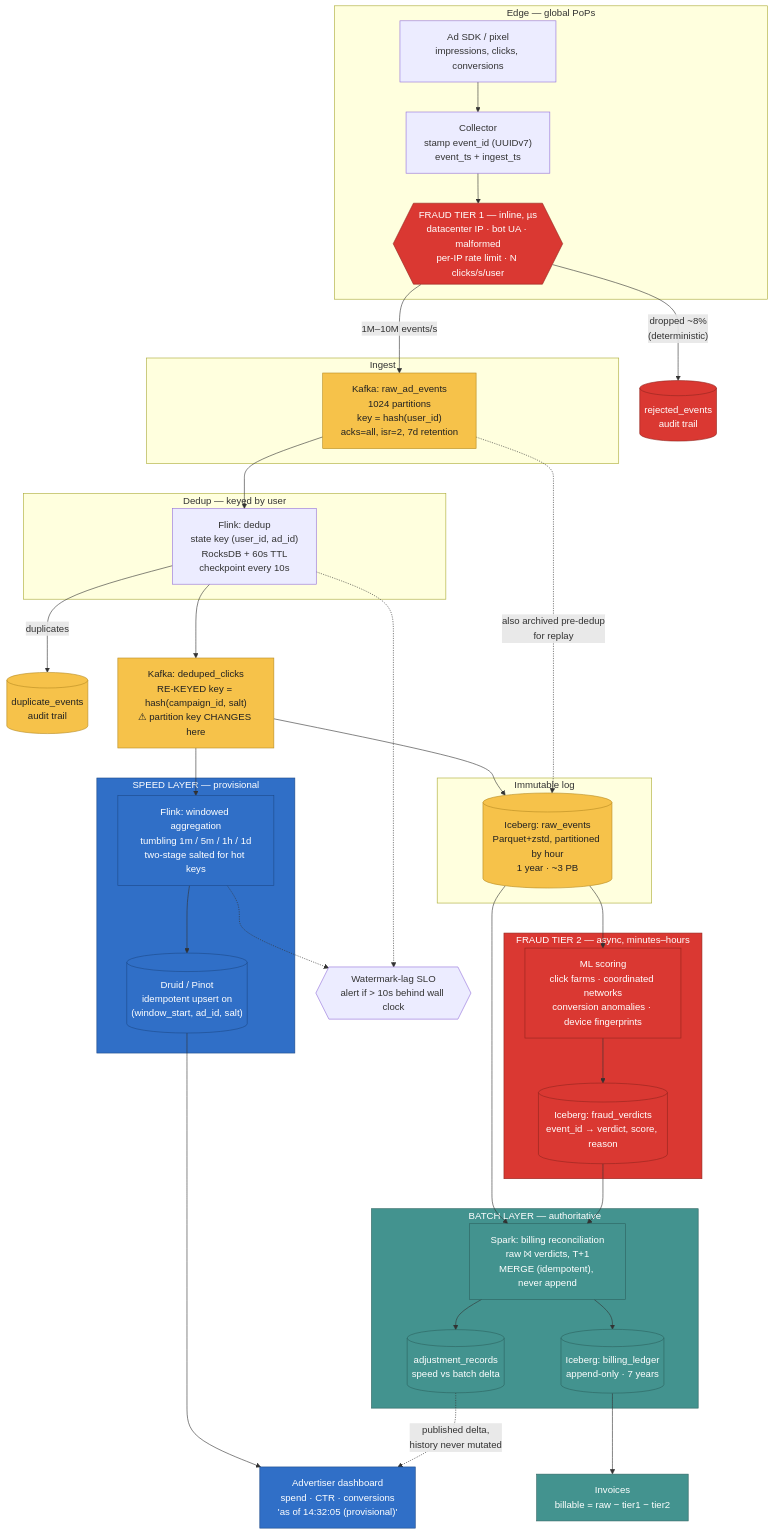
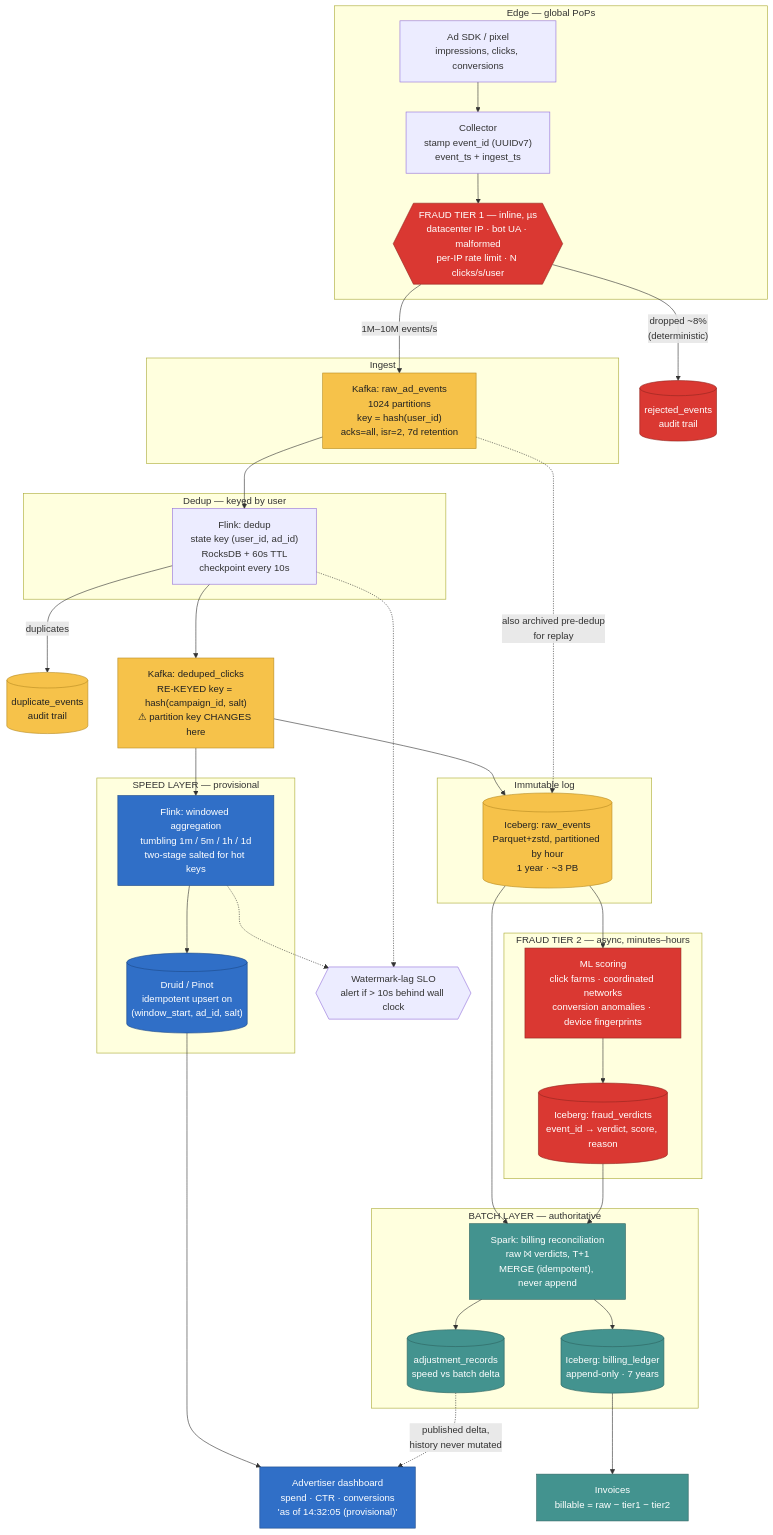
The diagram in medium/meta/datavidhya/architecture-design/02-ad-click-aggregation-pipeline/diagrams/architecture.mermaid (vishnoiprem/data-etl-ml), drawn with Mermaid before and after one commit. The commit also changed 16 other files, not shown here.

```diff
--- a/medium/meta/datavidhya/architecture-design/02-ad-click-aggregation-pipeline/diagrams/architecture.mermaid
+++ b/medium/meta/datavidhya/architecture-design/02-ad-click-aggregation-pipeline/diagrams/architecture.mermaid
@@ -1,77 +1,77 @@
 %% Ad Click Aggregation Pipeline — component architecture
 %% The central idea: ONE immutable log, TWO consumers with different SLAs.
 %%   speed layer  -> dashboards, <10s, provisional
 %%   batch layer  -> billing,    T+1,  authoritative
 flowchart TB
     subgraph EDGE["Edge — global PoPs"]
         SDK["Ad SDK / pixel<br/>impressions, clicks, conversions"]
         COLL["Collector<br/>stamp event_id (UUIDv7)<br/>event_ts + ingest_ts"]
         F1{{"FRAUD TIER 1 — inline, µs<br/>datacenter IP · bot UA · malformed<br/>per-IP rate limit · N clicks/s/user"}}
         SDK --> COLL --> F1
     end
 
     F1 -->|"dropped ~8%<br/>(deterministic)"| DROP[("rejected_events<br/>audit trail")]
 
     subgraph INGEST["Ingest"]
         K1["Kafka: raw_ad_events<br/>1024 partitions<br/>key = hash(user_id)<br/>acks=all, isr=2, 7d retention"]
     end
     F1 -->|"1M–10M events/s"| K1
 
     subgraph DEDUP["Dedup — keyed by user"]
         FD["Flink: dedup<br/>state key (user_id, ad_id)<br/>RocksDB + 60s TTL<br/>checkpoint every 10s"]
     end
     K1 --> FD
 
     FD -->|"duplicates"| DUP[("duplicate_events<br/>audit trail")]
 
     K2["Kafka: deduped_clicks<br/>RE-KEYED key = hash(campaign_id, salt)<br/>⚠ partition key CHANGES here"]
     FD --> K2
 
     subgraph SPEED["SPEED LAYER — provisional"]
         AGG["Flink: windowed aggregation<br/>tumbling 1m / 5m / 1h / 1d<br/>two-stage salted for hot keys"]
         OLAP[("Druid / Pinot<br/>idempotent upsert on<br/>(window_start, ad_id, salt)")]
         AGG --> OLAP
     end
     K2 --> AGG
 
     subgraph LAKE["Immutable log"]
         RAW[("Iceberg: raw_events<br/>Parquet+zstd, partitioned by hour<br/>1 year · ~3 PB")]
     end
     K2 --> RAW
     K1 -.->|"also archived pre-dedup<br/>for replay"| RAW
 
     subgraph FRAUD2["FRAUD TIER 2 — async, minutes–hours"]
         ML["ML scoring<br/>click farms · coordinated networks<br/>conversion anomalies · device fingerprints"]
         VERD[("Iceberg: fraud_verdicts<br/>event_id → verdict, score, reason")]
         ML --> VERD
     end
     RAW --> ML
 
     subgraph BATCH["BATCH LAYER — authoritative"]
         RECON["Spark: billing reconciliation<br/>raw ⨝ verdicts, T+1<br/>MERGE (idempotent), never append"]
         LEDGER[("Iceberg: billing_ledger<br/>append-only · 7 years")]
         ADJ[("adjustment_records<br/>speed vs batch delta")]
         RECON --> LEDGER
         RECON --> ADJ
     end
     RAW --> RECON
     VERD --> RECON
 
     DASH["Advertiser dashboard<br/>spend · CTR · conversions<br/>'as of 14:32:05 (provisional)'"]
     INV["Invoices<br/>billable = raw − tier1 − tier2"]
     OLAP --> DASH
     LEDGER --> INV
     ADJ -.->|"published delta,<br/>history never mutated"| DASH
 
     MON{{"Watermark-lag SLO<br/>alert if > 10s behind wall clock"}}
     FD -.-> MON
     AGG -.-> MON
 
     classDef speed fill:#306FC7,stroke:#1d4a8a,color:#fff
     classDef batch fill:#43938F,stroke:#2d6360,color:#fff
     classDef fraud fill:#DA3832,stroke:#93251f,color:#fff
     classDef store fill:#F6C24A,stroke:#b88c22,color:#222
-    class SPEED,AGG,OLAP,DASH speed
-    class BATCH,RECON,LEDGER,INV,ADJ batch
-    class F1,FRAUD2,ML,VERD,DROP fraud
-    class K1,K2,RAW,DUP,DUP store
+    class AGG,OLAP,DASH speed
+    class RECON,LEDGER,INV,ADJ batch
+    class F1,ML,VERD,DROP fraud
+    class K1,K2,RAW,DUP store
```
